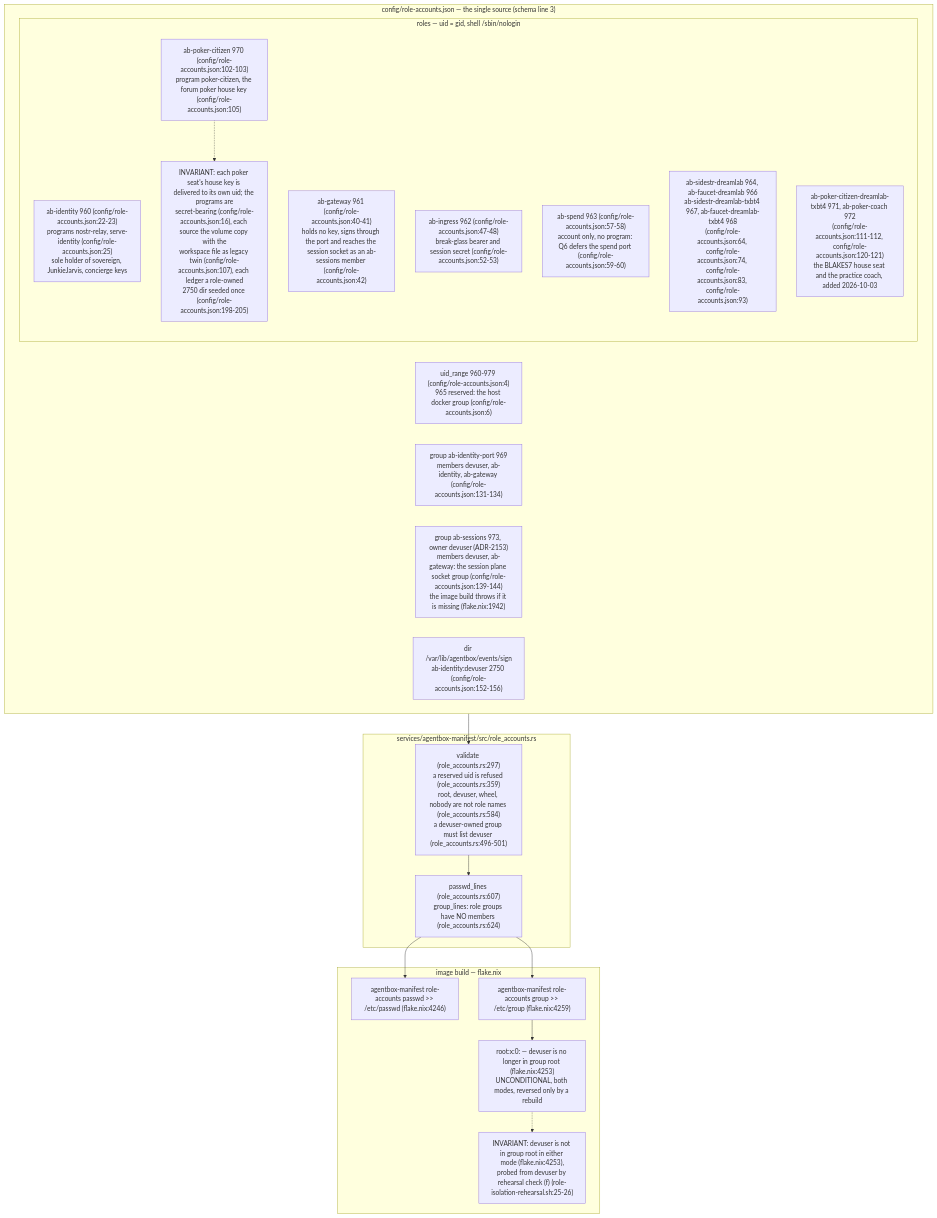
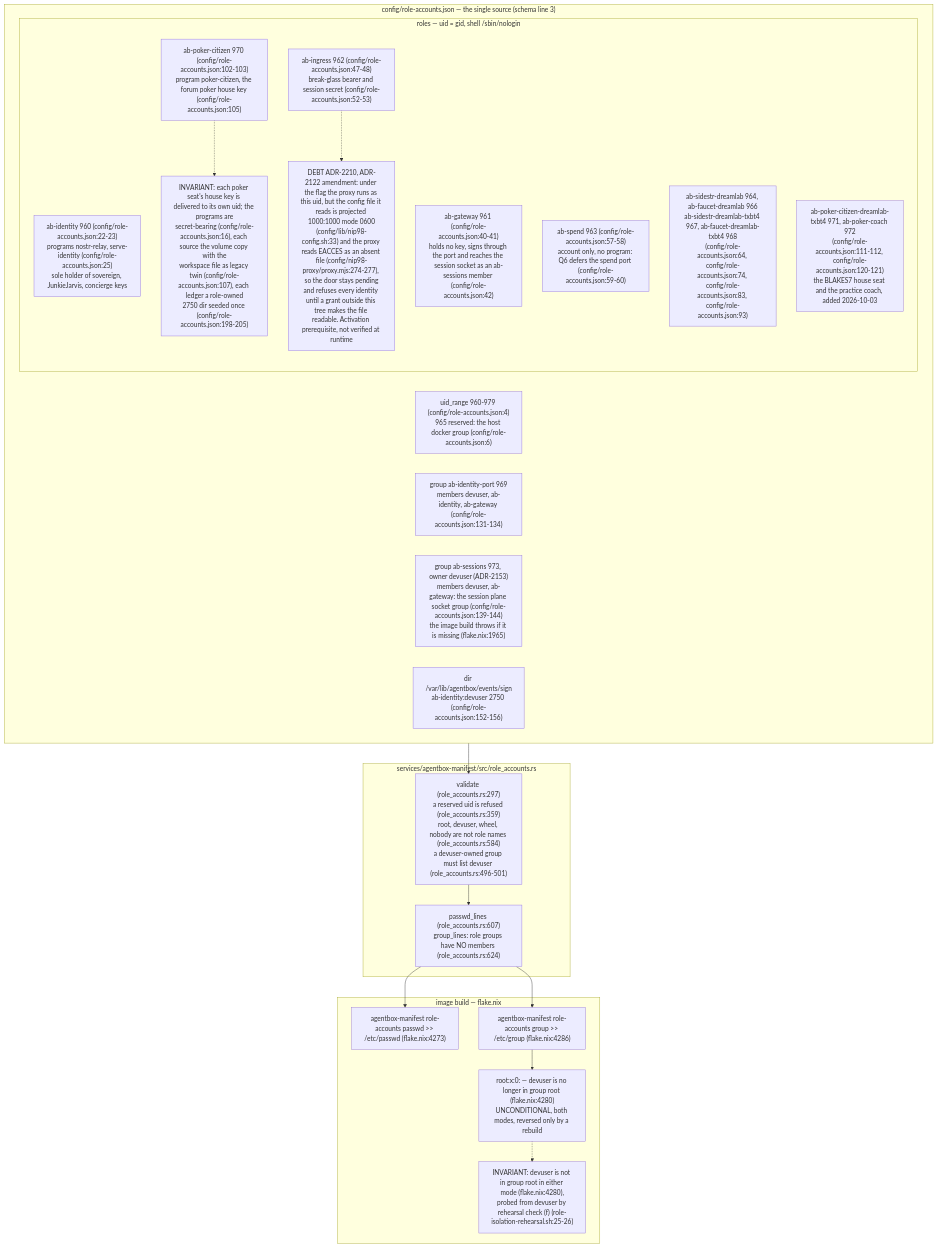
The first of 7 diagrams in docs/diagrams/agentbox/36-role-isolation-and-identity-port.md (DreamLab-AI/VisionFlow), drawn with Mermaid before and after one commit. The commit also changed other lines of this file and 8 other files, not shown here.

First line of the commit message:
docs(diagrams): re-verify the NIP-98 proxy topics and the custody counts at agentbox 0693c761c (VF-DIAGRAM-NIP98-DRIFT)

````diff
--- a/docs/diagrams/agentbox/36-role-isolation-and-identity-port.md
+++ b/docs/diagrams/agentbox/36-role-isolation-and-identity-port.md
@@ -53,33 +55,34 @@
 ```mermaid
 flowchart TB
     subgraph TABLE["config/role-accounts.json — the single source (schema line 3)"]
         RANGE["uid_range 960-979 (config/role-accounts.json:4)<br/>965 reserved: the host docker group (config/role-accounts.json:6)"]
         subgraph ROLES["roles — uid = gid, shell /sbin/nologin"]
             ID["ab-identity 960 (config/role-accounts.json:22-23)<br/>programs nostr-relay, serve-identity (config/role-accounts.json:25)<br/>sole holder of sovereign, JunkieJarvis, concierge keys"]
             GW["ab-gateway 961 (config/role-accounts.json:40-41)<br/>holds no key, signs through the port and reaches the session socket as an ab-sessions member (config/role-accounts.json:42)"]
             IN["ab-ingress 962 (config/role-accounts.json:47-48)<br/>break-glass bearer and session secret (config/role-accounts.json:52-53)"]
             SP["ab-spend 963 (config/role-accounts.json:57-58)<br/>account only, no program: Q6 defers the spend port (config/role-accounts.json:59-60)"]
             CH["ab-sidestr-dreamlab 964, ab-faucet-dreamlab 966<br/>ab-sidestr-dreamlab-txbt4 967, ab-faucet-dreamlab-txbt4 968<br/>(config/role-accounts.json:64, config/role-accounts.json:74, config/role-accounts.json:83, config/role-accounts.json:93)"]
             PK["ab-poker-citizen 970 (config/role-accounts.json:102-103)<br/>program poker-citizen, the forum poker house key (config/role-accounts.json:105)"]
             PK2["ab-poker-citizen-dreamlab-txbt4 971, ab-poker-coach 972<br/>(config/role-accounts.json:111-112, config/role-accounts.json:120-121)<br/>the BLAKES7 house seat and the practice coach, added 2026-10-03"]
             PK -.-> N2["INVARIANT: each poker seat's house key is delivered to its own uid; the programs are<br/>secret-bearing (config/role-accounts.json:16), each source the volume copy with the<br/>workspace file as legacy twin (config/role-accounts.json:107), each ledger a role-owned<br/>2750 dir seeded once (config/role-accounts.json:198-205)"]
+            IN -.-> N7["DEBT ADR-2210, ADR-2122 amendment: under the flag the proxy runs as this uid, but the config file it reads is projected 1000:1000 mode 0600<br/>(config/lib/nip98-config.sh:33) and the proxy reads EACCES as an absent file (config/nip98-proxy/proxy.mjs:274-277), so the door stays pending<br/>and refuses every identity until a grant outside this tree makes the file readable. Activation prerequisite, not verified at runtime"]
         end
         GRP["group ab-identity-port 969<br/>members devuser, ab-identity, ab-gateway (config/role-accounts.json:131-134)"]
-        GRP2["group ab-sessions 973, owner devuser (ADR-2153)<br/>members devuser, ab-gateway: the session plane socket group (config/role-accounts.json:139-144)<br/>the image build throws if it is missing (flake.nix:1942)"]
+        GRP2["group ab-sessions 973, owner devuser (ADR-2153)<br/>members devuser, ab-gateway: the session plane socket group (config/role-accounts.json:139-144)<br/>the image build throws if it is missing (flake.nix:1965)"]
         DIR["dir /var/lib/agentbox/events/sign<br/>ab-identity:devuser 2750 (config/role-accounts.json:152-156)"]
     end
     subgraph BUILD["image build — flake.nix"]
-        PW["agentbox-manifest role-accounts passwd >> /etc/passwd (flake.nix:4246)"]
-        GR["agentbox-manifest role-accounts group >> /etc/group (flake.nix:4259)"]
-        ROOTG["root:x:0: — devuser is no longer in group root (flake.nix:4253)<br/>UNCONDITIONAL, both modes, reversed only by a rebuild"]
-        ROOTG -.-> N1["INVARIANT: devuser is not in group root in either mode (flake.nix:4253),<br/>probed from devuser by rehearsal check (f) (role-isolation-rehearsal.sh:25-26)"]
+        PW["agentbox-manifest role-accounts passwd >> /etc/passwd (flake.nix:4273)"]
+        GR["agentbox-manifest role-accounts group >> /etc/group (flake.nix:4286)"]
+        ROOTG["root:x:0: — devuser is no longer in group root (flake.nix:4280)<br/>UNCONDITIONAL, both modes, reversed only by a rebuild"]
+        ROOTG -.-> N1["INVARIANT: devuser is not in group root in either mode (flake.nix:4280),<br/>probed from devuser by rehearsal check (f) (role-isolation-rehearsal.sh:25-26)"]
     end
     subgraph RUST["services/agentbox-manifest/src/role_accounts.rs"]
         VAL["validate (role_accounts.rs:297)<br/>a reserved uid is refused (role_accounts.rs:359)<br/>root, devuser, wheel, nobody are not role names (role_accounts.rs:584)<br/>a devuser-owned group must list devuser (role_accounts.rs:496-501)"]
         LINES["passwd_lines (role_accounts.rs:607)<br/>group_lines: role groups have NO members (role_accounts.rs:624)"]
     end
     TABLE --> VAL --> LINES
     LINES --> PW
     LINES --> GR
     GR --> ROOTG
 ```
````
